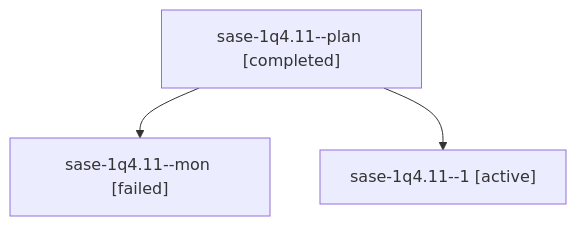
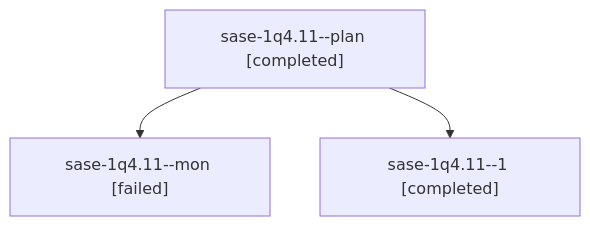
One commit to sase-org/sase--agents changed the diagram in sessions/bbugyi200.athena.sase-1q4.11.md. Above: the diagram before and after it, drawn with Mermaid. The commit also changed other lines of this file and 36 other files, not shown here.

````diff
--- a/sessions/bbugyi200.athena.sase-1q4.11.md
+++ b/sessions/bbugyi200.athena.sase-1q4.11.md
@@ -9,8 +9,8 @@
 ```mermaid
 flowchart TD
   n0["sase-1q4.11--plan [completed]"]
   n1["sase-1q4.11--mon [failed]"]
   n0 --> n1
-  n2["sase-1q4.11--1 [active]"]
+  n2["sase-1q4.11--1 [completed]"]
   n0 --> n2
 ```
````
